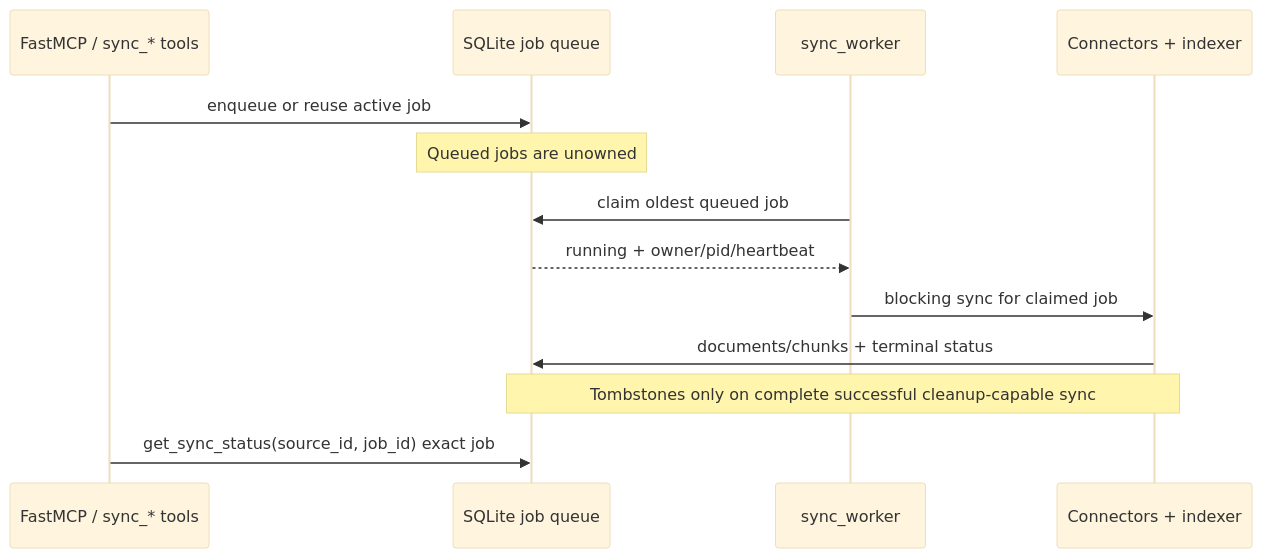
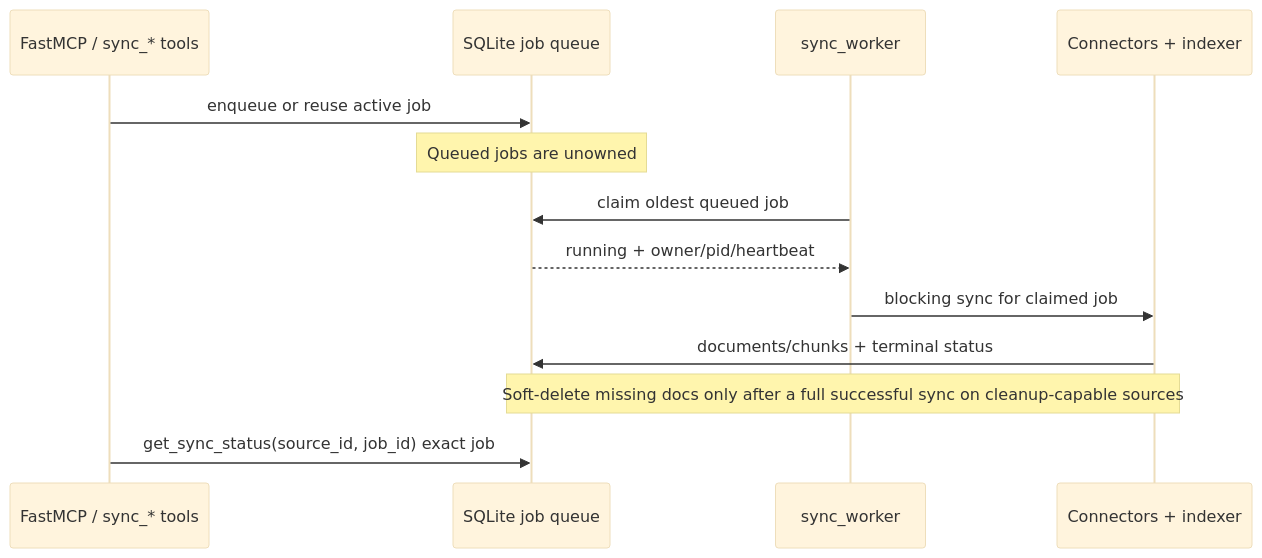
The third of 4 diagrams in .agents/docs/architecture.md (eunhwa99/MCPContentSearch), drawn with Mermaid (base theme) before and after one commit. The commit also changed other lines of this file and 1 other file, not shown here.

````diff
--- a/.agents/docs/architecture.md
+++ b/.agents/docs/architecture.md
@@ -86,16 +102,16 @@
 ```mermaid
 sequenceDiagram
   participant MCP as FastMCP / sync_* tools
   participant Q as SQLite job queue
   participant W as sync_worker
   participant S as Connectors + indexer
 
   MCP->>Q: enqueue or reuse active job
   Note over Q: Queued jobs are unowned
   W->>Q: claim oldest queued job
   Q-->>W: running + owner/pid/heartbeat
   W->>S: blocking sync for claimed job
   S->>Q: documents/chunks + terminal status
-  Note over S,Q: Tombstones only on complete successful cleanup-capable sync
+  Note over S,Q: Soft-delete missing docs only after a full successful sync on cleanup-capable sources
   MCP->>Q: get_sync_status(source_id, job_id) exact job
 ```
````
